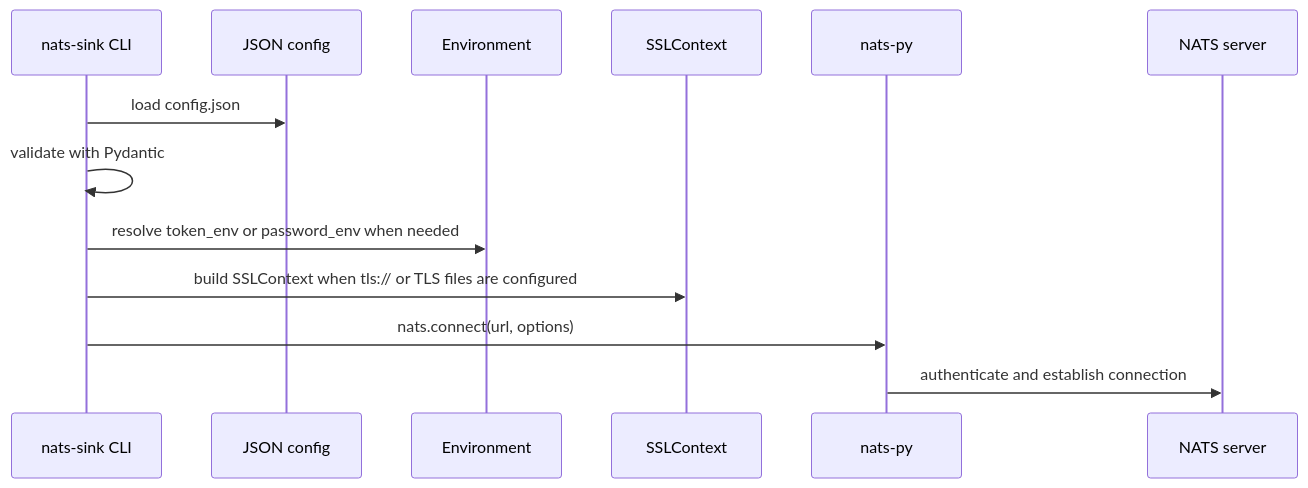
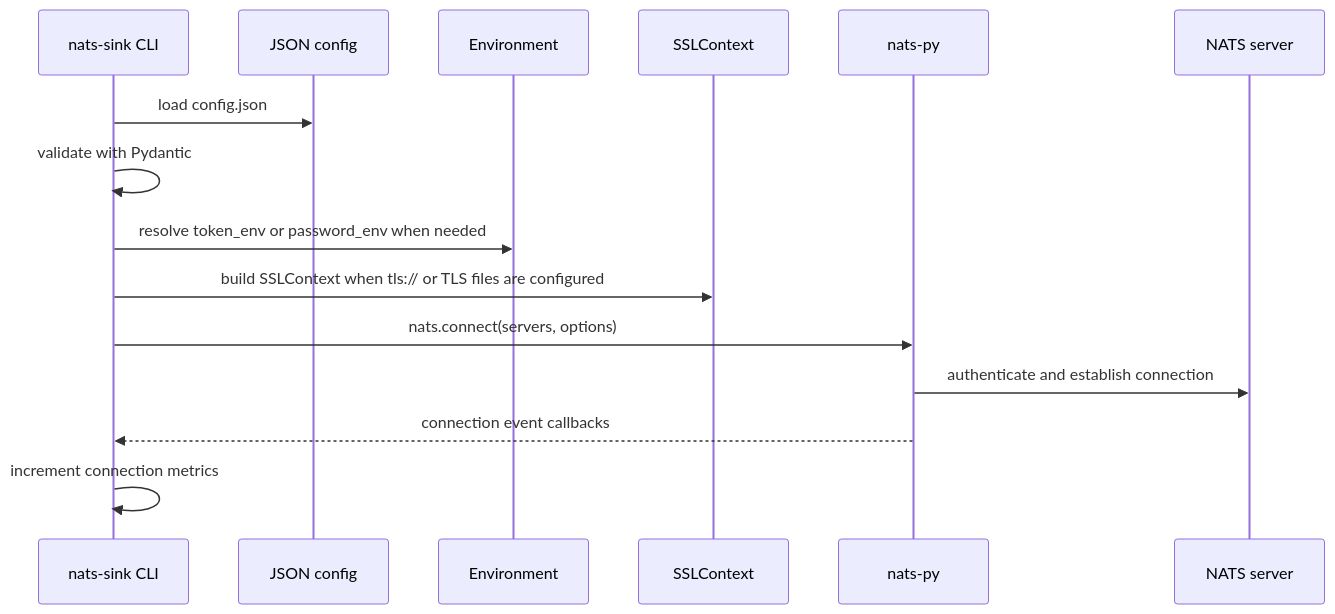
The first of 3 diagrams in docs/nats-connections.md (ProjectCuillin/nats-sinks), drawn with Mermaid before and after one commit. The commit also changed other lines of this file and 345 other files, not shown here.

````diff
--- a/docs/nats-connections.md
+++ b/docs/nats-connections.md
@@ -37,16 +44,18 @@
 ```mermaid
 sequenceDiagram
     participant CLI as nats-sink CLI
     participant Cfg as JSON config
     participant Env as Environment
     participant TLS as SSLContext
     participant NP as nats-py
     participant NS as NATS server
 
     CLI->>Cfg: load config.json
     CLI->>CLI: validate with Pydantic
     CLI->>Env: resolve token_env or password_env when needed
     CLI->>TLS: build SSLContext when tls:// or TLS files are configured
-    CLI->>NP: nats.connect(url, options)
+    CLI->>NP: nats.connect(servers, options)
     NP->>NS: authenticate and establish connection
+    NP-->>CLI: connection event callbacks
+    CLI->>CLI: increment connection metrics
 ```
````
